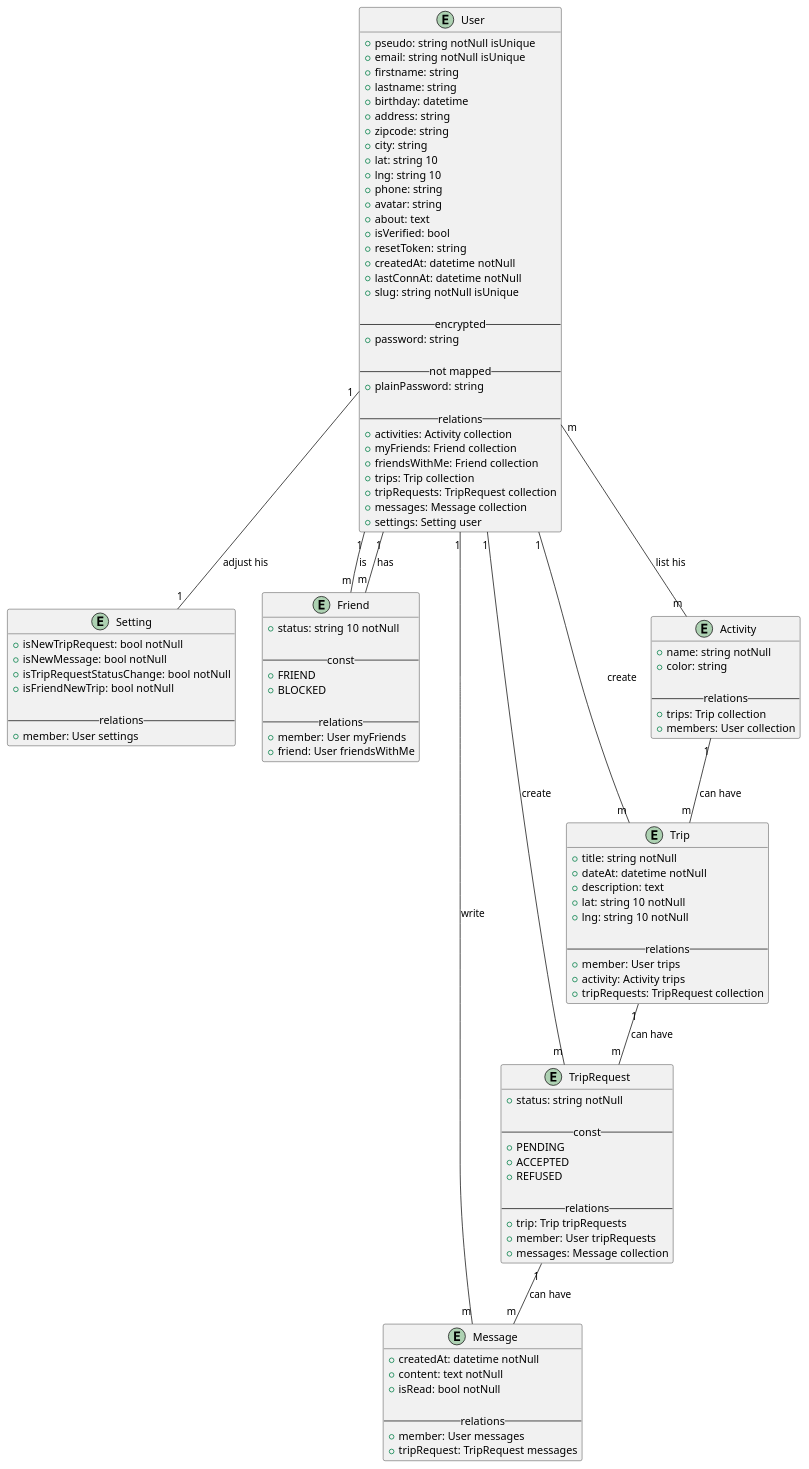
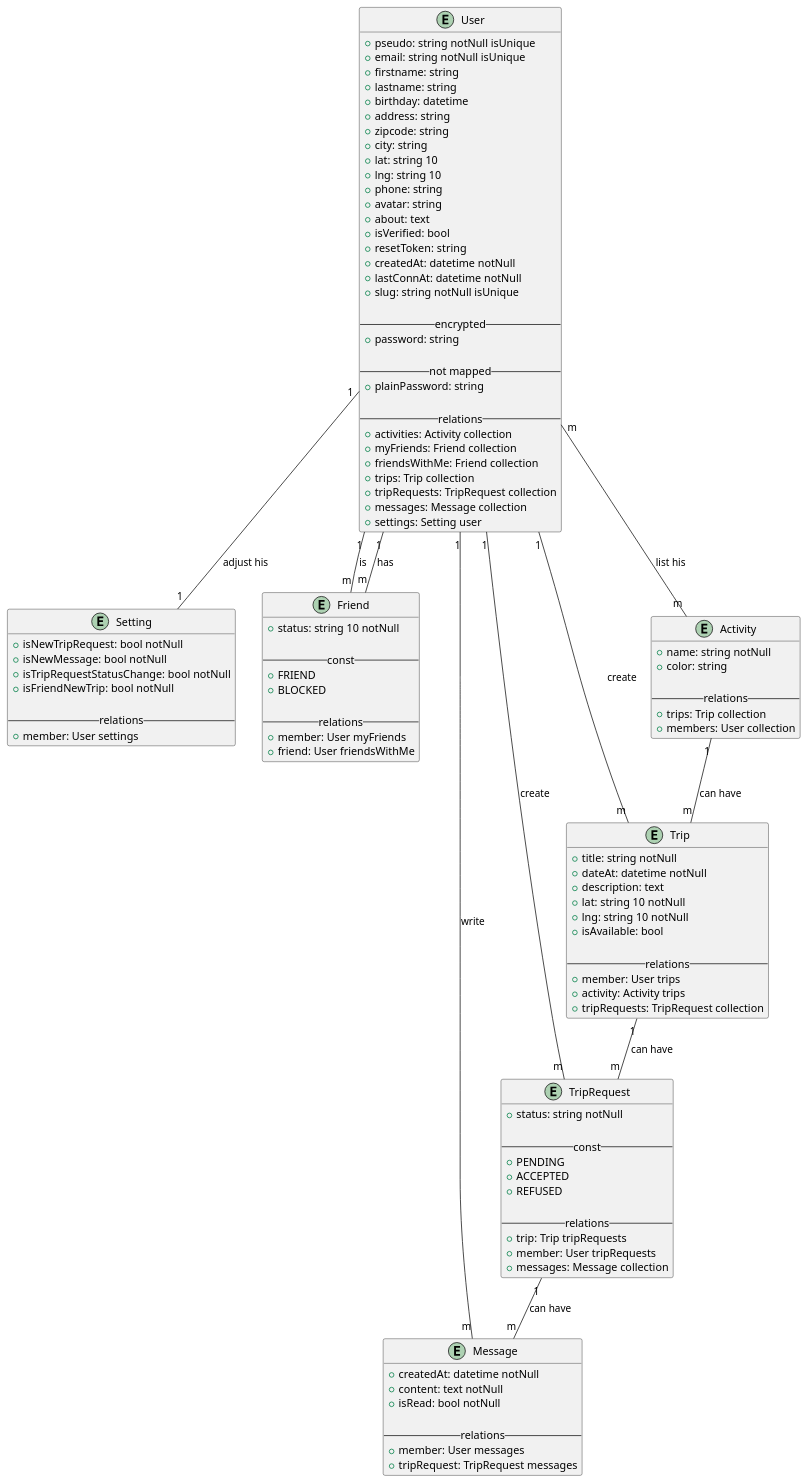
One commit to canyonx/organize changed the diagram in docs/entities.pu. Above: the diagram before and after it, drawn with PlantUML. The commit also changed 15 other files, not shown here.

```diff
--- a/docs/entities.pu
+++ b/docs/entities.pu
@@ -1,119 +1,120 @@
 @startuml entities
 
 entity User {
   + pseudo: string notNull isUnique
   + email: string notNull isUnique
   + firstname: string 
   + lastname: string
   + birthday: datetime
   + address: string
   + zipcode: string
   + city: string
   + lat: string 10
   + lng: string 10
   + phone: string 
   + avatar: string
   + about: text
   + isVerified: bool
   + resetToken: string
   + createdAt: datetime notNull
   + lastConnAt: datetime notNull
   + slug: string notNull isUnique
 
   -- encrypted --
   + password: string
     
   -- not mapped --
   + plainPassword: string
   
   -- relations --
   + activities: Activity collection
   + myFriends: Friend collection 
   + friendsWithMe: Friend collection 
   + trips: Trip collection 
   + tripRequests: TripRequest collection
   + messages: Message collection
   + settings: Setting user
 }
 
 entity Setting {
   + isNewTripRequest: bool notNull
   + isNewMessage: bool notNull
   + isTripRequestStatusChange: bool notNull
   + isFriendNewTrip: bool notNull
   
   -- relations --
   + member: User settings
 }
 
 entity Friend {
   + status: string 10 notNull
   
   -- const --
   + FRIEND
   + BLOCKED
   
   -- relations --
   + member: User myFriends
   + friend: User friendsWithMe
 }
 
 entity Trip {
   + title: string notNull
   + dateAt: datetime notNull
   + description: text
   + lat: string 10 notNull
   + lng: string 10 notNull
+  + isAvailable: bool
   
   -- relations --
   + member: User trips
   + activity: Activity trips
   + tripRequests: TripRequest collection
 }
 
 entity Message {
   + createdAt: datetime notNull
   + content: text notNull
   + isRead: bool notNull
   
   -- relations --
   + member: User messages
   + tripRequest: TripRequest messages
 }
 
 entity Activity {
   + name: string notNull
   + color: string
   
   -- relations --
   + trips: Trip collection
   + members: User collection
 }
 
 entity TripRequest {
   + status: string notNull
   
   -- const --
   + PENDING
   + ACCEPTED
   + REFUSED
         
   -- relations --
   + trip: Trip tripRequests
   + member: User tripRequests
   + messages: Message collection
 }
 
 User        "1" -- "m"      Friend : has
 User        "1" -- "m"      Friend : is
 User        "1" -- "m"      Trip : create
 User        "1" -- "m"      TripRequest : create
 User        "1" -- "m"      Message : write
 User        "1" -- "1"      Setting : adjust his
 User        "m" -- "m"      Activity : list his
 
 Activity    "1" -- "m"      Trip : can have
 Trip        "1" -- "m"      TripRequest : can have
 TripRequest "1" -- "m"      Message : can have
 
 @enduml
```
